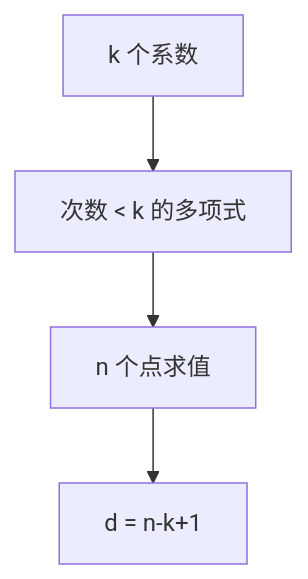
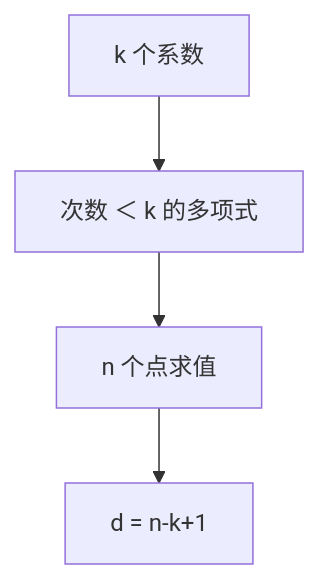
Before and after one commit to xhongduo-tech/xhongduo-tech.github.io: the diagram in docs/cs/reed-solomon.md, drawn with Mermaid. The commit also changed other lines of this file and 772 other files, not shown here.

````diff
--- a/docs/cs/reed-solomon.md
+++ b/docs/cs/reed-solomon.md
@@ -32,6 +32,6 @@
 ```mermaid
 flowchart TD
-  MSG["k 个系数"] --> POLY["次数 < k 的多项式"]
+  MSG["k 个系数"] --> POLY["次数 ＜ k 的多项式"]
   POLY --> EVAL["n 个点求值"]
   EVAL --> MDS["d = n-k+1"]
 ```
````
